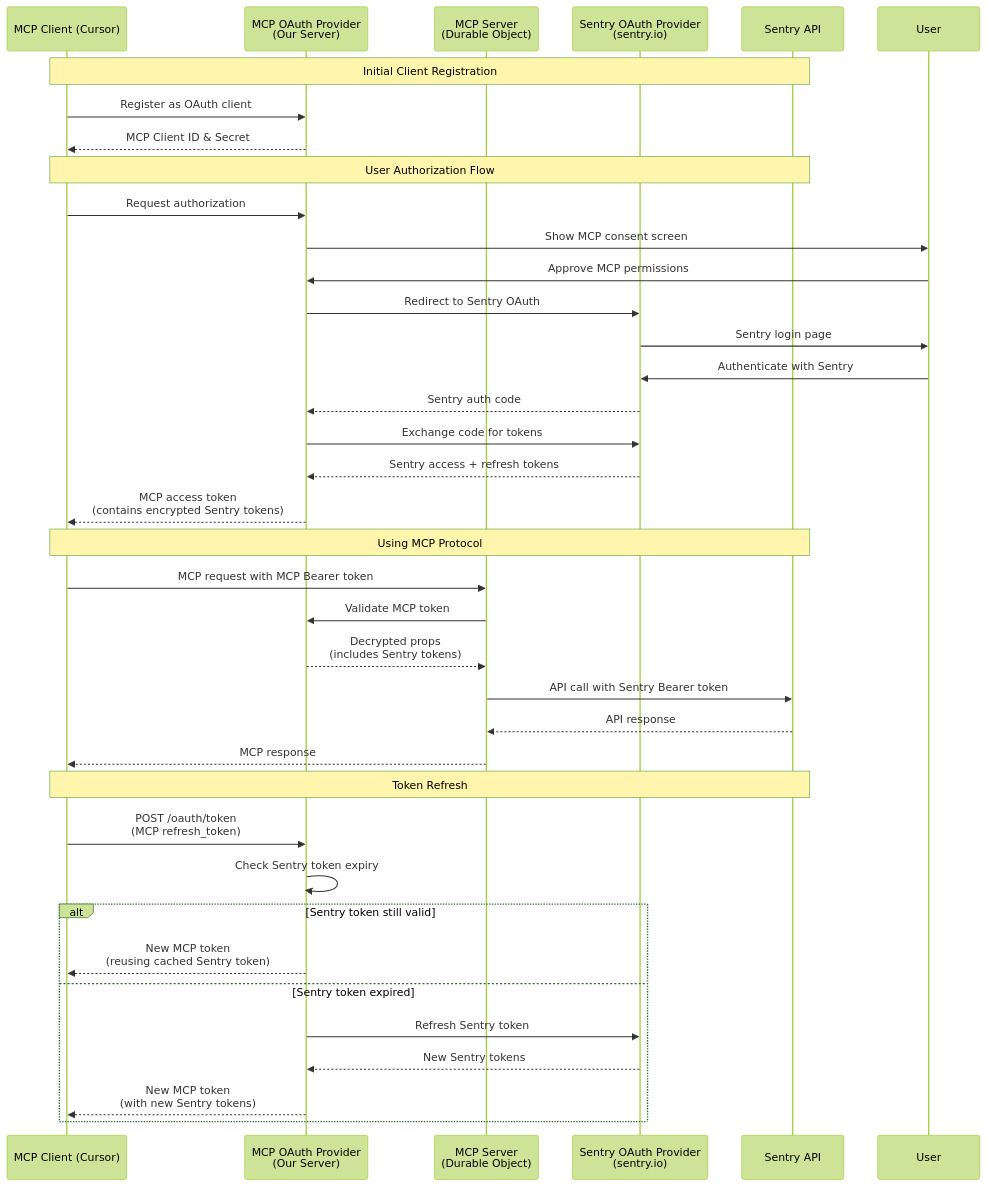
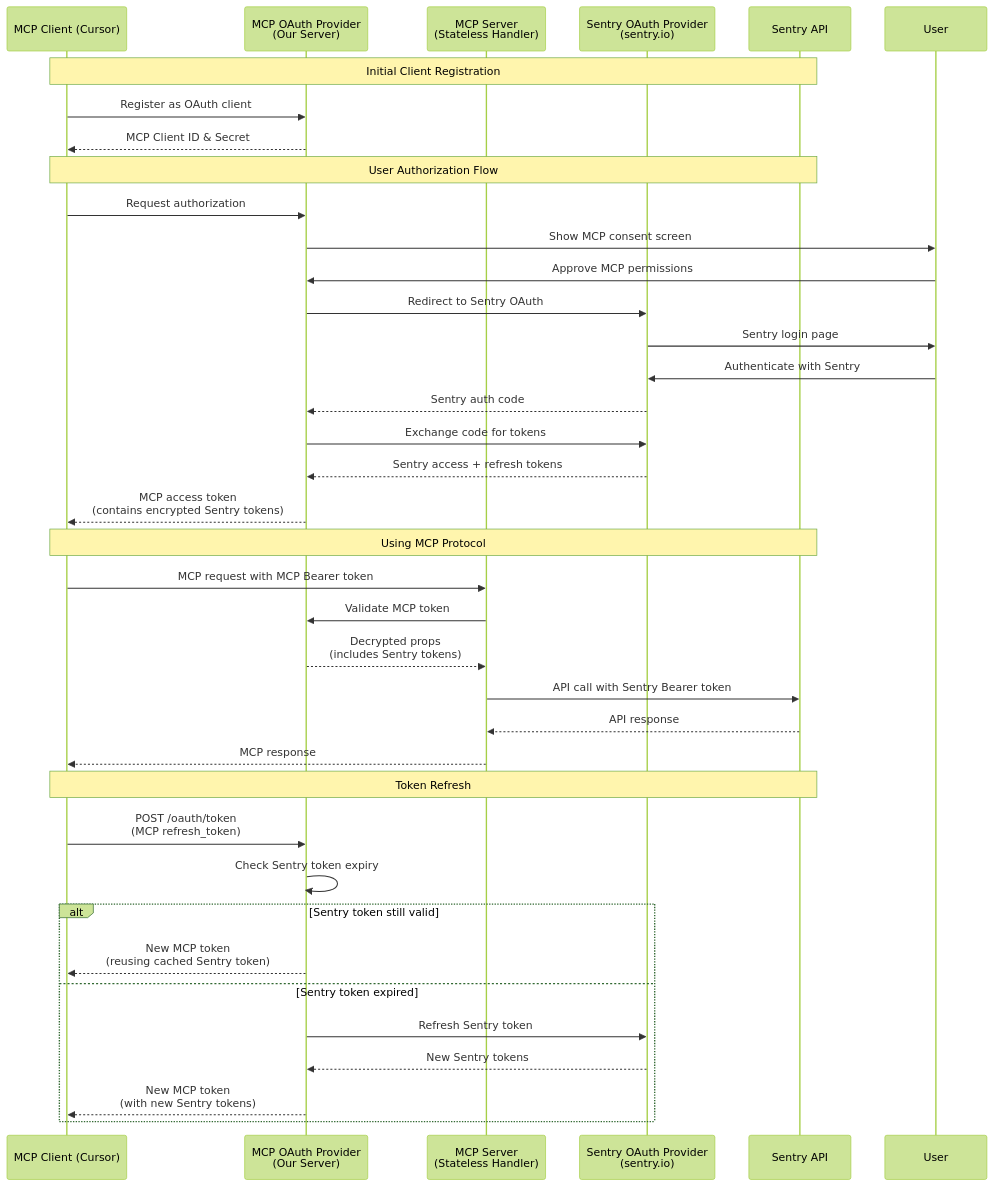
The first of 2 diagrams in docs/cloudflare/oauth-architecture.md (getsentry/sentry-mcp), drawn with Mermaid (forest theme) before and after one commit. The commit also changed other lines of this file and 10 other files, not shown here.

First line of the commit message:
refactor(cloudflare): remove Durable Object migration artifacts

````diff
--- a/docs/cloudflare/oauth-architecture.md
+++ b/docs/cloudflare/oauth-architecture.md
@@ -31,44 +31,44 @@
 ```mermaid
 sequenceDiagram
     participant Client as MCP Client (Cursor)
     participant MCPOAuth as MCP OAuth Provider<br/>(Our Server)
-    participant MCP as MCP Server<br/>(Durable Object)
+    participant MCP as MCP Server<br/>(Stateless Handler)
     participant SentryOAuth as Sentry OAuth Provider<br/>(sentry.io)
     participant SentryAPI as Sentry API
     participant User as User
 
     Note over Client,SentryAPI: Initial Client Registration
     Client->>MCPOAuth: Register as OAuth client
     MCPOAuth-->>Client: MCP Client ID & Secret
 
     Note over Client,SentryAPI: User Authorization Flow
     Client->>MCPOAuth: Request authorization
     MCPOAuth->>User: Show MCP consent screen
     User->>MCPOAuth: Approve MCP permissions
     MCPOAuth->>SentryOAuth: Redirect to Sentry OAuth
     SentryOAuth->>User: Sentry login page
     User->>SentryOAuth: Authenticate with Sentry
     SentryOAuth-->>MCPOAuth: Sentry auth code
     MCPOAuth->>SentryOAuth: Exchange code for tokens
     SentryOAuth-->>MCPOAuth: Sentry access + refresh tokens
     MCPOAuth-->>Client: MCP access token<br/>(contains encrypted Sentry tokens)
 
     Note over Client,SentryAPI: Using MCP Protocol
     Client->>MCP: MCP request with MCP Bearer token
     MCP->>MCPOAuth: Validate MCP token
     MCPOAuth-->>MCP: Decrypted props<br/>(includes Sentry tokens)
     MCP->>SentryAPI: API call with Sentry Bearer token
     SentryAPI-->>MCP: API response
     MCP-->>Client: MCP response
 
     Note over Client,SentryAPI: Token Refresh
     Client->>MCPOAuth: POST /oauth/token<br/>(MCP refresh_token)
     MCPOAuth->>MCPOAuth: Check Sentry token expiry
     alt Sentry token still valid
         MCPOAuth-->>Client: New MCP token<br/>(reusing cached Sentry token)
     else Sentry token expired
         MCPOAuth->>SentryOAuth: Refresh Sentry token
         SentryOAuth-->>MCPOAuth: New Sentry tokens
         MCPOAuth-->>Client: New MCP token<br/>(with new Sentry tokens)
     end
 ```
````
